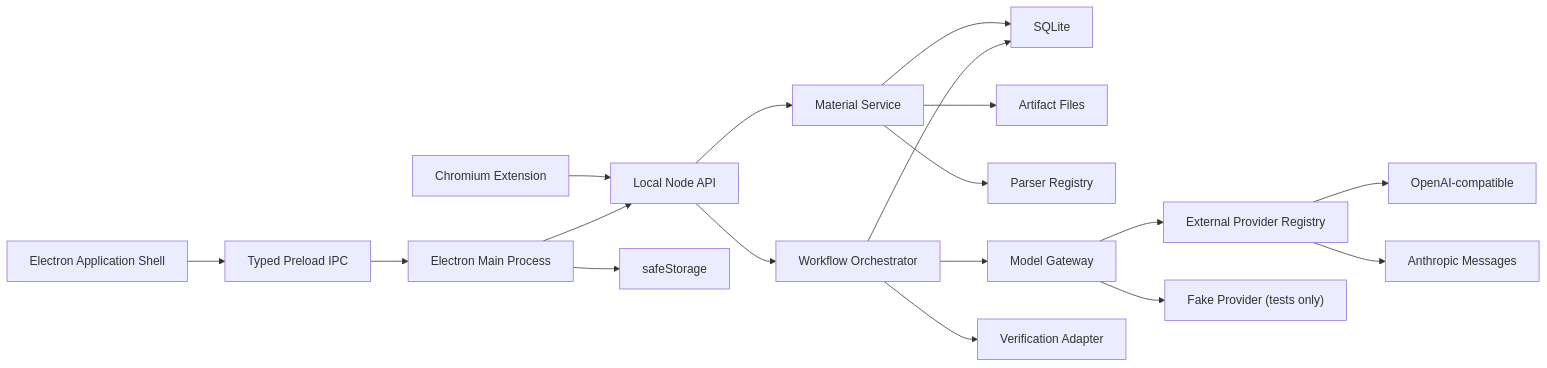
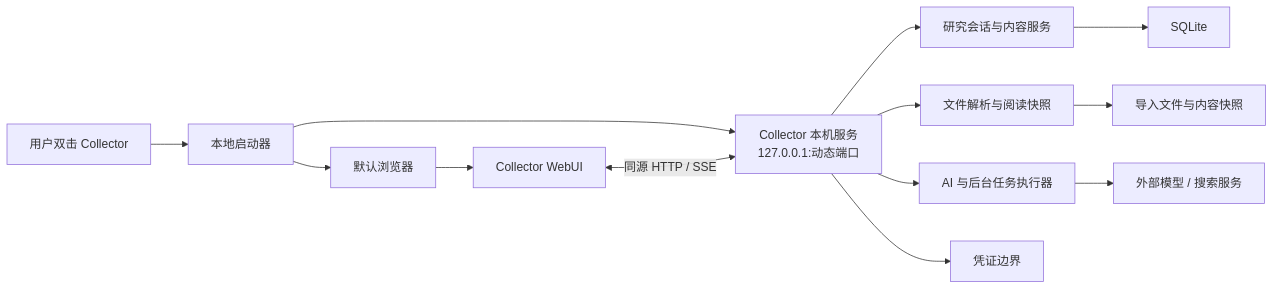
One commit to doupier-AI/collector changed the diagram in docs/ARCHITECTURE.md. Above: the diagram before and after it, drawn with Mermaid. The commit also changed other lines of this file and 11 other files, not shown here.

````diff
--- a/docs/ARCHITECTURE.md
+++ b/docs/ARCHITECTURE.md
@@ -42,20 +20,17 @@
 ```mermaid
 flowchart LR
-  EXT["Chromium Extension"] --> API["Local Node API"]
-  SHELL["Electron Application Shell"] --> IPC["Typed Preload IPC"]
-  IPC --> MAIN["Electron Main Process"]
-  MAIN --> API
-  MAIN --> KEY["safeStorage"]
-  API --> MATERIAL["Material Service"]
-  API --> WORKFLOW["Workflow Orchestrator"]
-  MATERIAL --> DB["SQLite"]
-  MATERIAL --> FILES["Artifact Files"]
-  MATERIAL --> PARSER["Parser Registry"]
-  WORKFLOW --> DB
-  WORKFLOW --> MODEL["Model Gateway"]
-  WORKFLOW --> SEARCH["Verification Adapter"]
-  MODEL --> PROVIDERS["External Provider Registry"]
-  PROVIDERS --> OPENAI["OpenAI-compatible"]
-  PROVIDERS --> ANTHROPIC["Anthropic Messages"]
-  MODEL --> FAKE["Fake Provider (tests only)"]
+  USER["用户双击 Collector"] --> LAUNCHER["本地启动器"]
+  LAUNCHER --> SERVICE["Collector 本机服务<br/>127.0.0.1:动态端口"]
+  LAUNCHER --> BROWSER["默认浏览器"]
+  BROWSER --> WEBUI["Collector WebUI"]
+  WEBUI <-->|"同源 HTTP / SSE"| SERVICE
+
+  SERVICE --> DOMAIN["研究会话与内容服务"]
+  SERVICE --> PARSER["文件解析与阅读快照"]
+  SERVICE --> TASKS["AI 与后台任务执行器"]
+  SERVICE --> CREDS["凭证边界"]
+
+  DOMAIN --> SQLITE["SQLite"]
+  PARSER --> FILES["导入文件与内容快照"]
+  TASKS --> MODELS["外部模型 / 搜索服务"]
 ```
````
